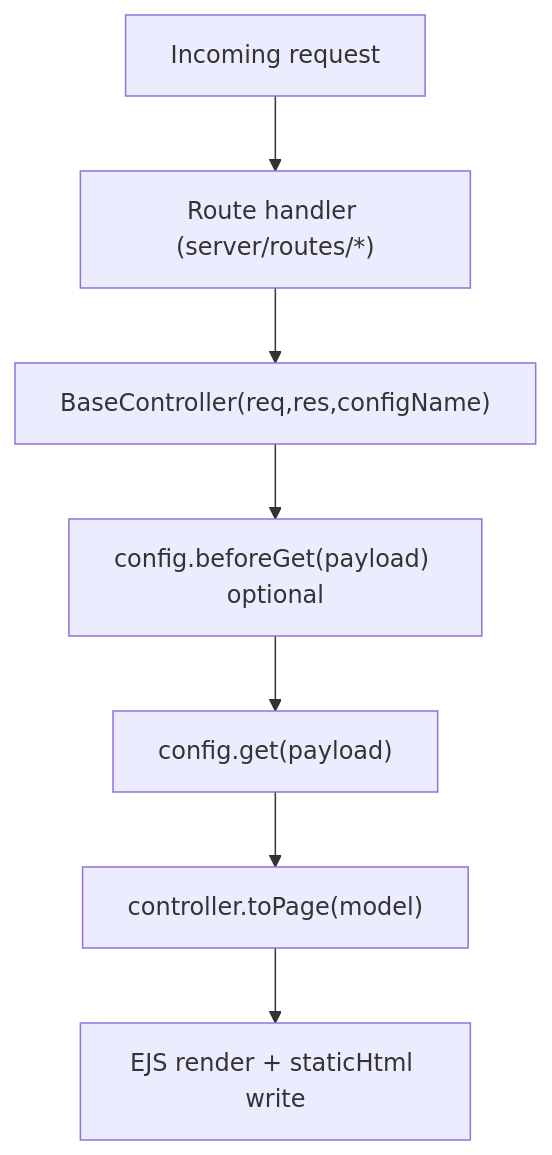
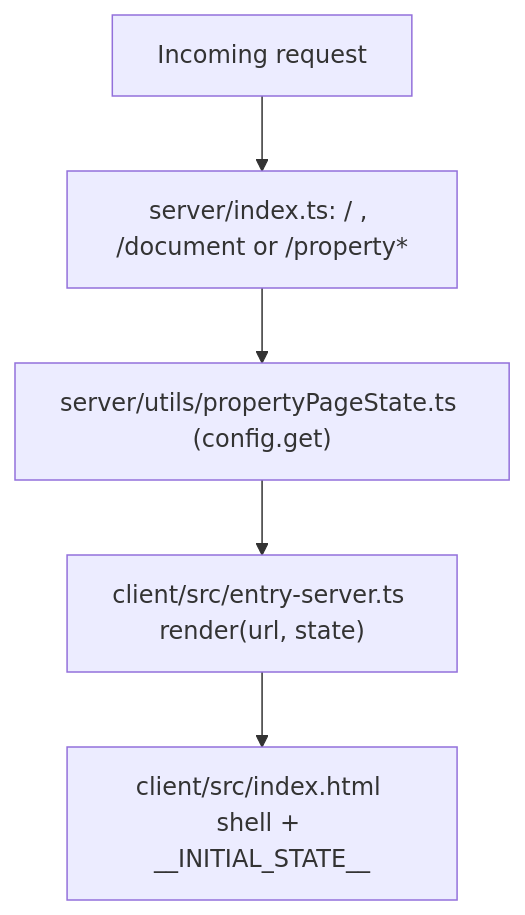
The diagram in docs/server.md (shishiv30/vue-cui), drawn with Mermaid before and after one commit. The commit also changed other lines of this file and 45 other files, not shown here.

````diff
--- a/docs/server.md
+++ b/docs/server.md
@@ -56,9 +56,7 @@
 ```mermaid
 flowchart TD
-  request["Incoming request"] --> routeMatch["Route handler (server/routes/*)"]
-  routeMatch --> baseController["BaseController(req,res,configName)"]
-  baseController --> beforeGet["config.beforeGet(payload) optional"]
-  beforeGet --> getData["config.get(payload)"]
-  getData --> toPage["controller.toPage(model)"]
-  toPage --> render["EJS render + staticHtml write"]
+  request["Incoming request"] --> classify["server/index.ts: / , /document or /property*"]
+  classify --> state["server/utils/propertyPageState.ts (config.get)"]
+  state --> render["client/src/entry-server.ts render(url, state)"]
+  render --> shell["client/src/index.html shell + __INITIAL_STATE__"]
 ```
````
